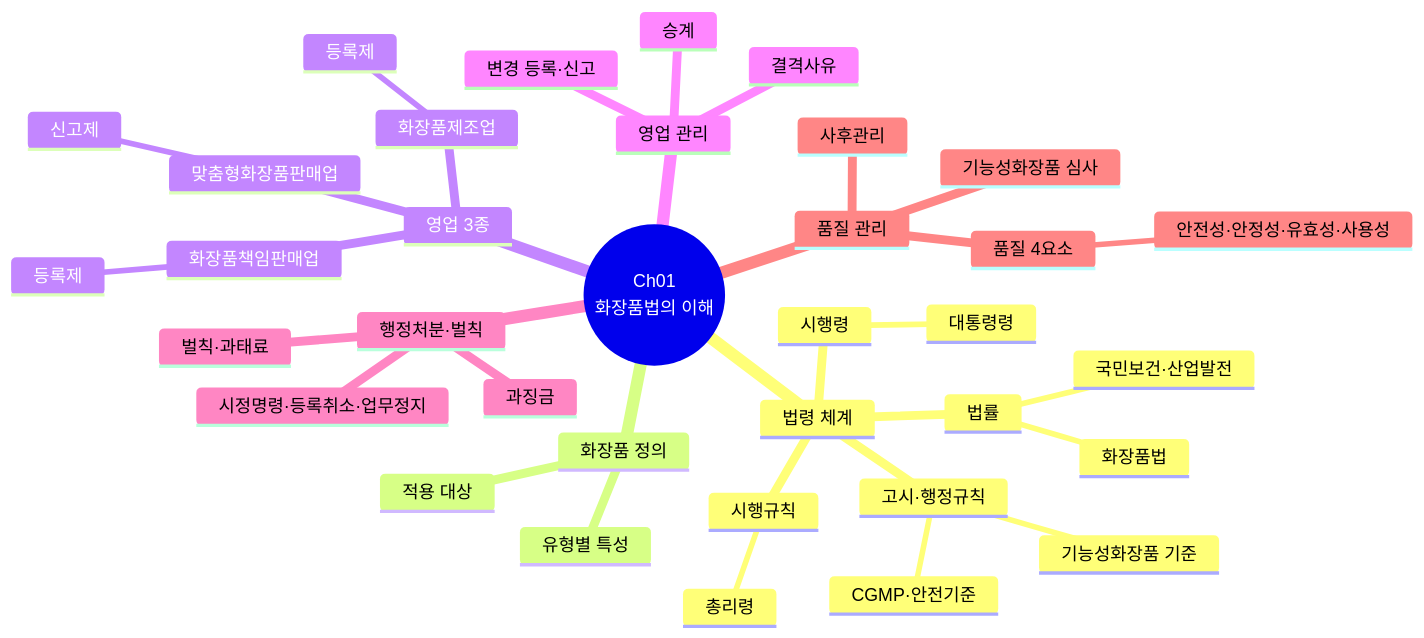
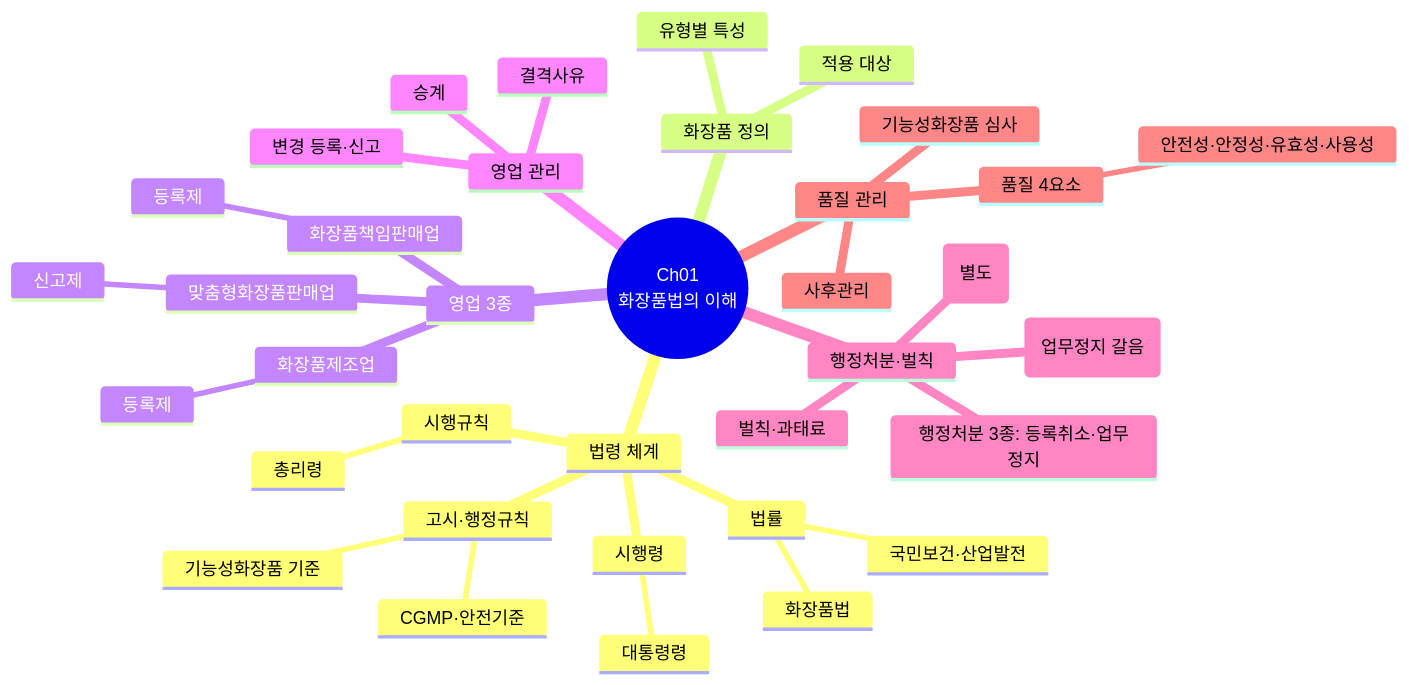
One commit to skygoldlee-cyber/Personalized_Skincare changed the second of 10 diagrams in content/교재/law/1과목_화장품법의이해_이야기형.md. Above: the diagram before and after it, drawn with Mermaid. The commit also changed other lines of this file and 15 other files, not shown here.

````diff
--- a/content/교재/law/1과목_화장품법의이해_이야기형.md
+++ b/content/교재/law/1과목_화장품법의이해_이야기형.md
@@ -246,38 +246,39 @@
 ```mermaid
 mindmap
  root((Ch01<br/>화장품법의 이해))
   법령 체계
    법률
     화장품법
     국민보건·산업발전
    시행령
     대통령령
    시행규칙
     총리령
    고시·행정규칙
     기능성화장품 기준
     CGMP·안전기준
   화장품 정의
    적용 대상
    유형별 특성
   영업 3종
    화장품제조업
     등록제
    화장품책임판매업
     등록제
    맞춤형화장품판매업
     신고제
   영업 관리
    결격사유
    변경 등록·신고
    승계
   행정처분·벌칙
-   시정명령·등록취소·업무정지
-   과징금
+   시정명령(별도)
+   행정처분 3종: 등록취소·업무정지
+   과징금(업무정지 갈음)
    벌칙·과태료
   품질 관리
    품질 4요소
     안전성·안정성·유효성·사용성
    기능성화장품 심사
    사후관리
 ```
````
